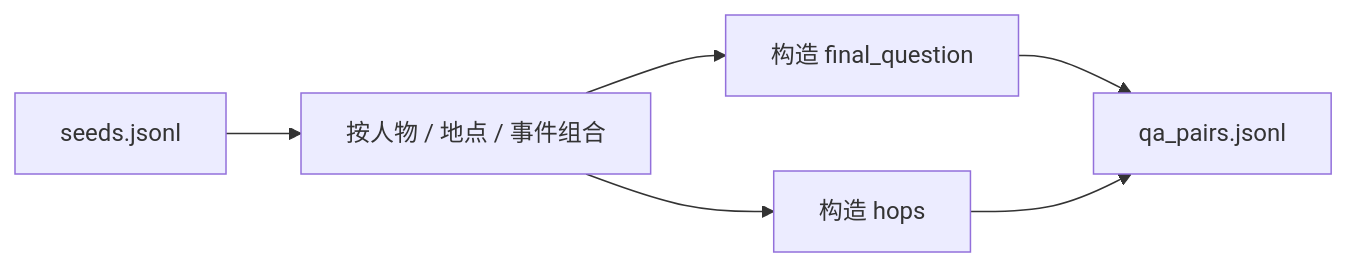
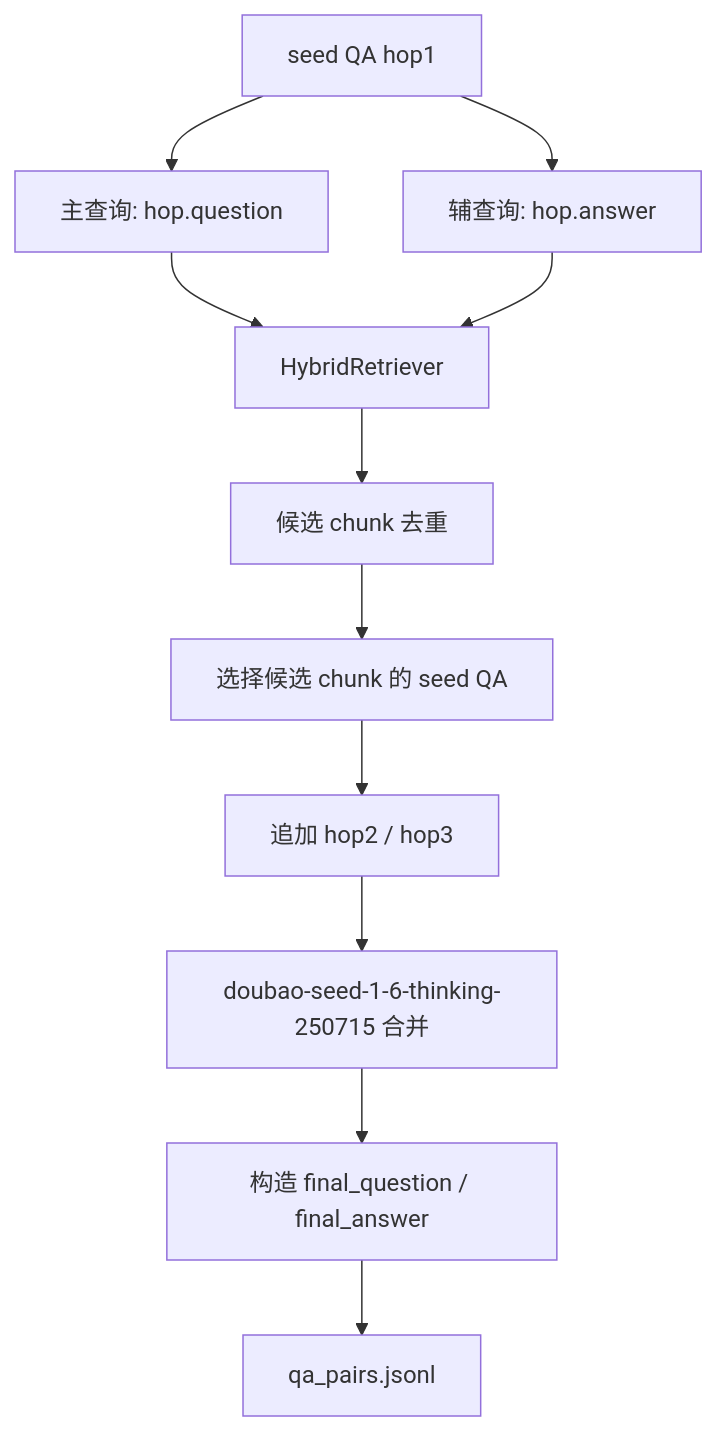
One commit to Lafinger/AgenticRAG-RL changed the sixth of 16 diagrams in demo/README.md. Above: the diagram before and after it, drawn with Mermaid. The commit also changed other lines of this file and 7 other files, not shown here.

````diff
--- a/demo/README.md
+++ b/demo/README.md
@@ -295,8 +299,13 @@
 ```mermaid
-flowchart LR
-    A["seeds.jsonl"] --> B["按人物 / 地点 / 事件组合"]
-    B --> C["构造 final_question"]
-    B --> D["构造 hops"]
-    C --> E["qa_pairs.jsonl"]
-    D --> E
+flowchart TD
+    A["seed QA hop1"] --> B["主查询: hop.question"]
+    A --> C["辅查询: hop.answer"]
+    B --> D["HybridRetriever"]
+    C --> D
+    D --> E["候选 chunk 去重"]
+    E --> F["选择候选 chunk 的 seed QA"]
+    F --> G["追加 hop2 / hop3"]
+    G --> H["doubao-seed-1-6-thinking-250715 合并"]
+    H --> I["构造 final_question / final_answer"]
+    I --> J["qa_pairs.jsonl"]
 ```
````
